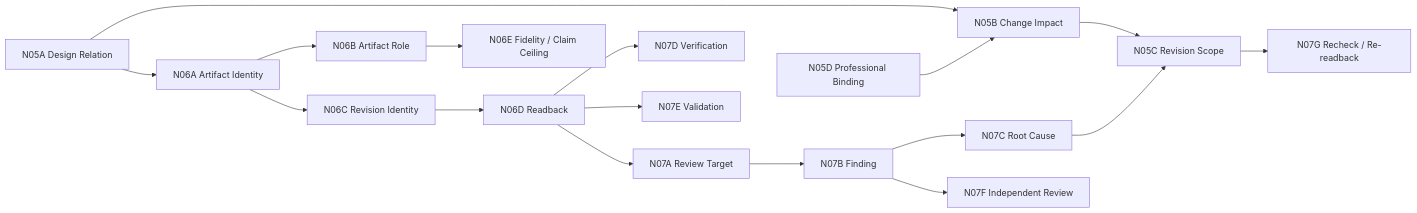
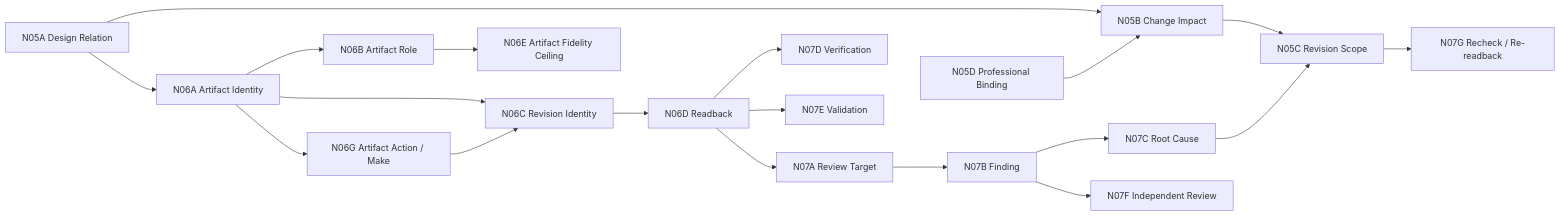
Before and after one commit to Jiaosong/Design: the diagram in product-docs/v0.3/maps/M12_REALITY_REVIEW_DETAIL.md, drawn with Mermaid. The commit also changed other lines of this file and 71 other files, not shown here.

````diff
--- a/product-docs/v0.3/maps/M12_REALITY_REVIEW_DETAIL.md
+++ b/product-docs/v0.3/maps/M12_REALITY_REVIEW_DETAIL.md
@@ -9,19 +9,21 @@
 ```mermaid
 flowchart LR
     R[N05A Design Relation] --> I[N05B Change Impact]
     I --> S[N05C Revision Scope]
     P[N05D Professional Binding] --> I
     R --> A[N06A Artifact Identity]
     A --> AR[N06B Artifact Role]
     A --> RV[N06C Revision Identity]
     RV --> RB[N06D Readback]
-    AR --> FC[N06E Fidelity / Claim Ceiling]
+    AR --> FC[N06E Artifact Fidelity Ceiling]
+    A --> ACT[N06G Artifact Action / Make]
+    ACT --> RV
     RB --> RT[N07A Review Target]
     RT --> F[N07B Finding]
     F --> RC[N07C Root Cause]
     RC --> S
     RB --> V[N07D Verification]
     RB --> VA[N07E Validation]
     F --> IR[N07F Independent Review]
     S --> RR[N07G Recheck / Re-readback]
 ```
````
